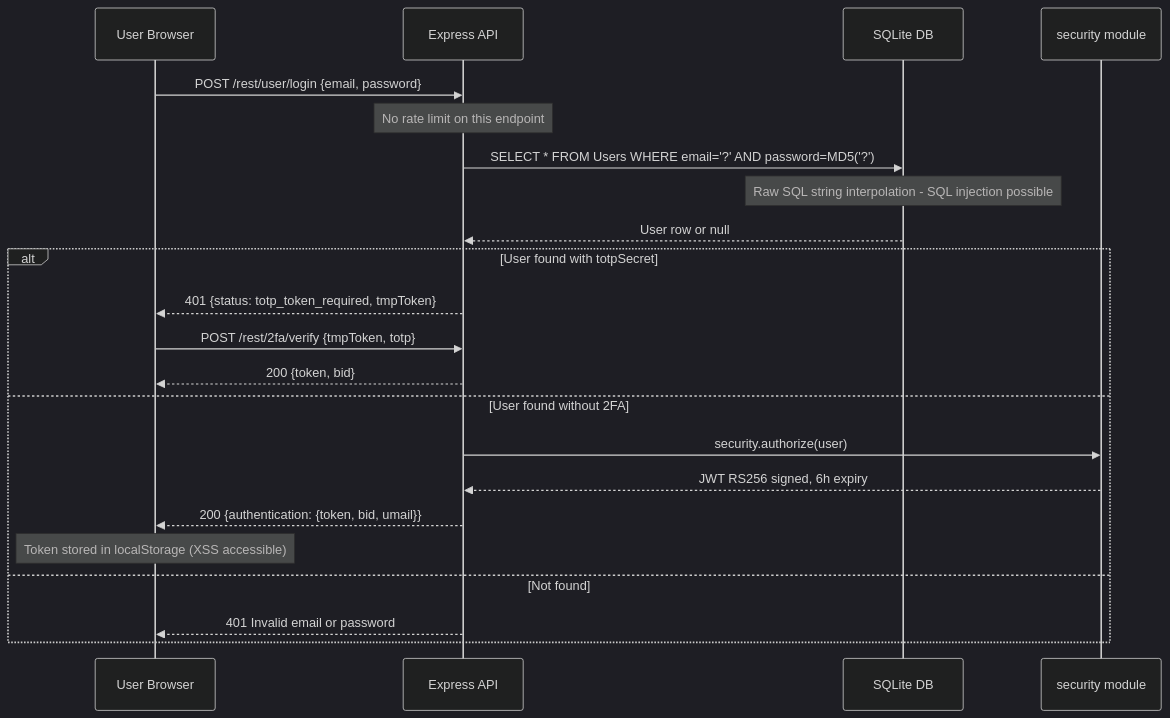
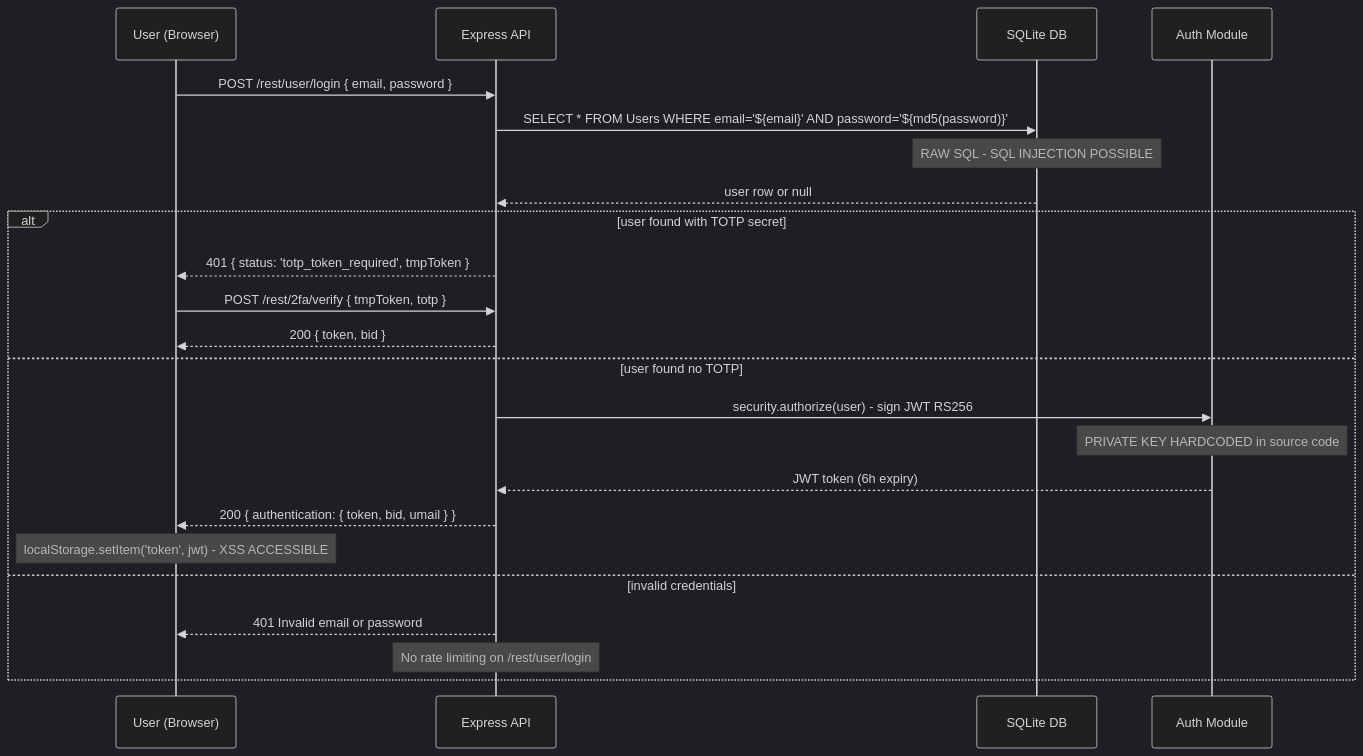
One commit to appsec-foundry/appsec-advisor changed the fourth of 10 diagrams in examples/juice-shop/threat-model-sonnet.md. Above: the diagram before and after it, drawn with Mermaid (dark theme). The commit also changed other lines of this file and 17 other files, not shown here.

````diff
--- a/examples/juice-shop/threat-model-sonnet.md
+++ b/examples/juice-shop/threat-model-sonnet.md
@@ -208,25 +266,26 @@
 ```mermaid
 sequenceDiagram
-    participant U as User Browser
+    participant U as User (Browser)
     participant API as Express API
     participant DB as SQLite DB
-    participant SEC as security module
+    participant AUTH as Auth Module
 
-    U->>API: POST /rest/user/login {email, password}
-    Note over API: No rate limit on this endpoint
-    API->>DB: SELECT * FROM Users WHERE email='?' AND password=MD5('?')
-    Note over DB: Raw SQL string interpolation - SQL injection possible
-    DB-->>API: User row or null
-    alt User found with totpSecret
-        API-->>U: 401 {status: totp_token_required, tmpToken}
-        U->>API: POST /rest/2fa/verify {tmpToken, totp}
-        API-->>U: 200 {token, bid}
-    else User found without 2FA
-        API->>SEC: security.authorize(user)
-        SEC-->>API: JWT RS256 signed, 6h expiry
-        API-->>U: 200 {authentication: {token, bid, umail}}
-        Note over U: Token stored in localStorage (XSS accessible)
-    else Not found
+    U->>API: POST /rest/user/login { email, password }
+    API->>DB: SELECT * FROM Users WHERE email='${email}' AND password='${md5(password)}'
+    Note over DB: RAW SQL - SQL INJECTION POSSIBLE
+    DB-->>API: user row or null
+    alt user found with TOTP secret
+        API-->>U: 401 { status: 'totp_token_required', tmpToken }
+        U->>API: POST /rest/2fa/verify { tmpToken, totp }
+        API-->>U: 200 { token, bid }
+    else user found no TOTP
+        API->>AUTH: security.authorize(user) - sign JWT RS256
+        Note over AUTH: PRIVATE KEY HARDCODED in source code
+        AUTH-->>API: JWT token (6h expiry)
+        API-->>U: 200 { authentication: { token, bid, umail } }
+        Note over U: localStorage.setItem('token', jwt) - XSS ACCESSIBLE
+    else invalid credentials
         API-->>U: 401 Invalid email or password
+        Note over API: No rate limiting on /rest/user/login
     end
 ```
````
